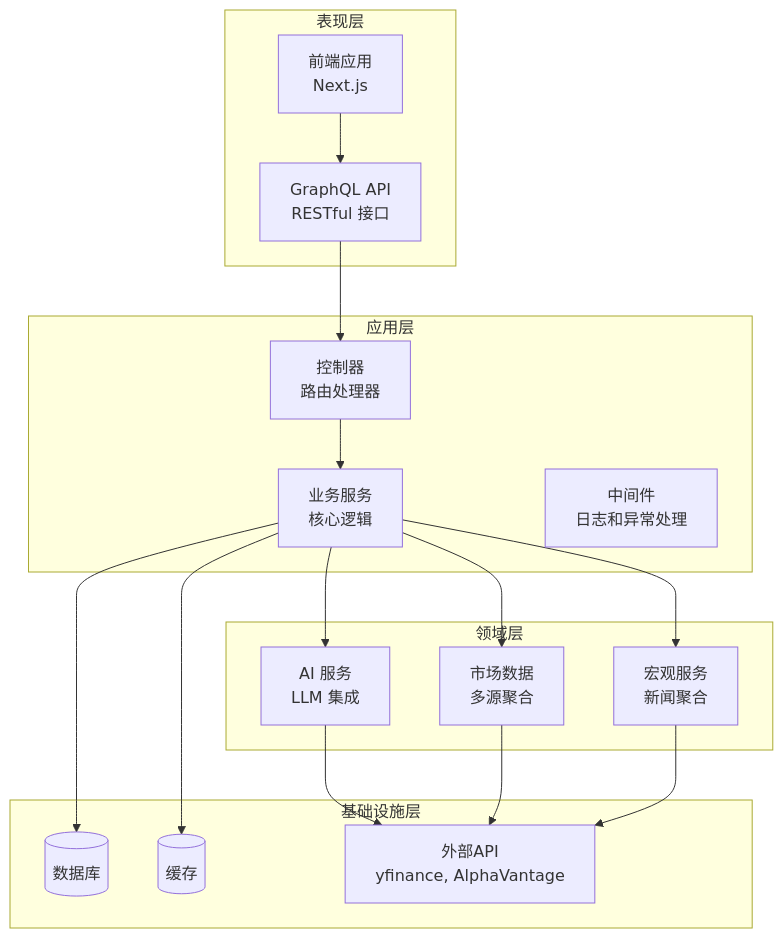
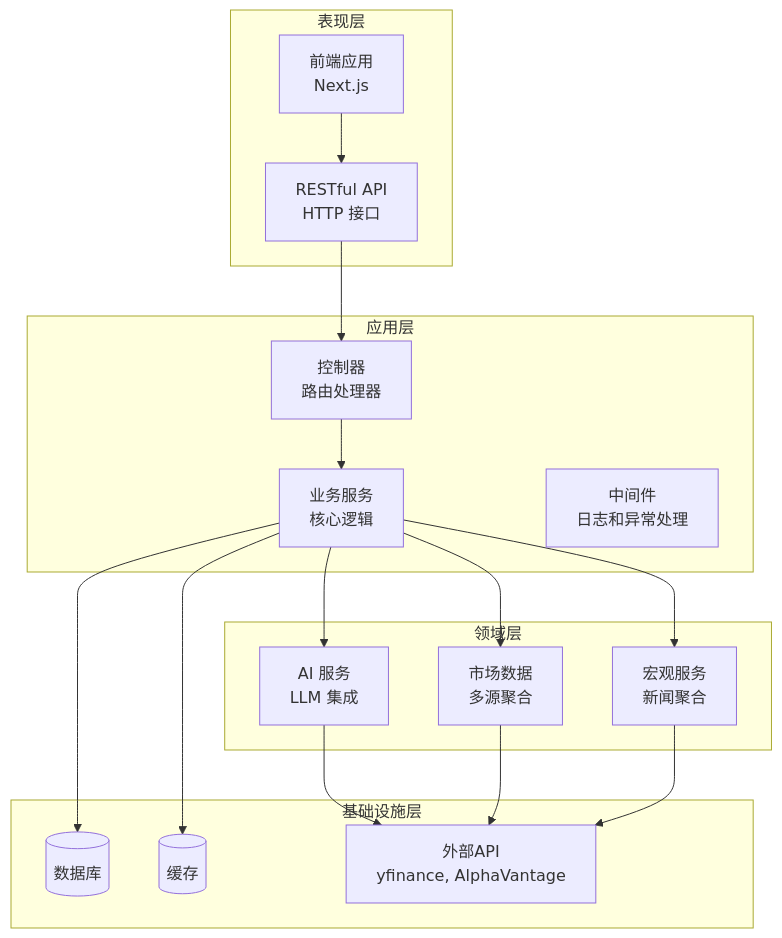
Before and after one commit to breeze-lyf/ai-stock-advisor: the third of 11 diagrams in .qoder/repowiki/zh/content/Graphql Api.md, drawn with Mermaid. The commit also changed other lines of this file and 43 other files, not shown here.

````diff
--- a/.qoder/repowiki/zh/content/Graphql Api.md
+++ b/.qoder/repowiki/zh/content/Graphql Api.md
@@ -146,33 +159,33 @@
 ```mermaid
 graph TB
 subgraph "表现层"
-GraphQL[GraphQL API<br/>RESTful 接口]
+REST[RESTful API<br/>HTTP 接口]
 Frontend[前端应用<br/>Next.js]
 end
 subgraph "应用层"
 Controllers[控制器<br/>路由处理器]
 Services[业务服务<br/>核心逻辑]
 Middlewares[中间件<br/>日志和异常处理]
 end
 subgraph "领域层"
 AIService[AI 服务<br/>LLM 集成]
 MarketData[市场数据<br/>多源聚合]
 MacroService[宏观服务<br/>新闻聚合]
 end
 subgraph "基础设施层"
 Database[(数据库)]
 Cache[(缓存)]
 ExternalAPIs[外部API<br/>yfinance, AlphaVantage]
 end
-Frontend --> GraphQL
-GraphQL --> Controllers
+Frontend --> REST
+REST --> Controllers
 Controllers --> Services
 Services --> AIService
 Services --> MarketData
 Services --> MacroService
 AIService --> ExternalAPIs
 MarketData --> ExternalAPIs
 MacroService --> ExternalAPIs
 Services --> Database
 Services --> Cache
 ```
````
